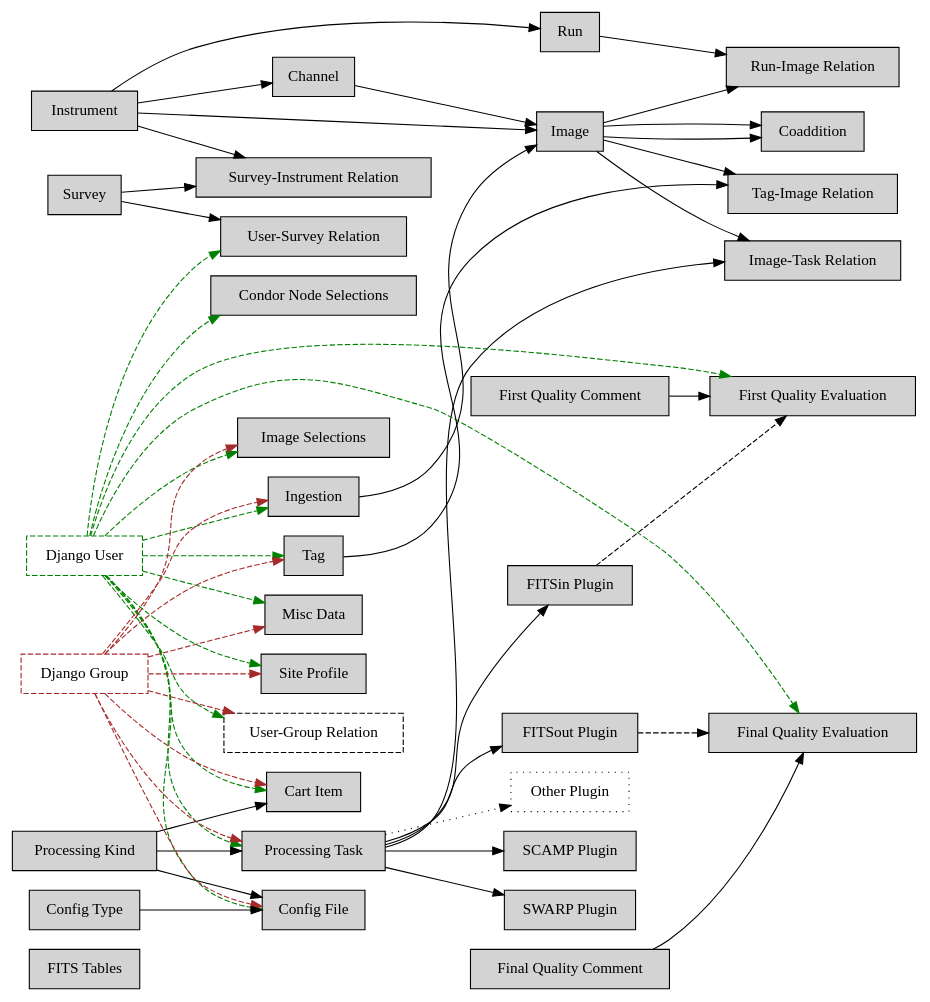
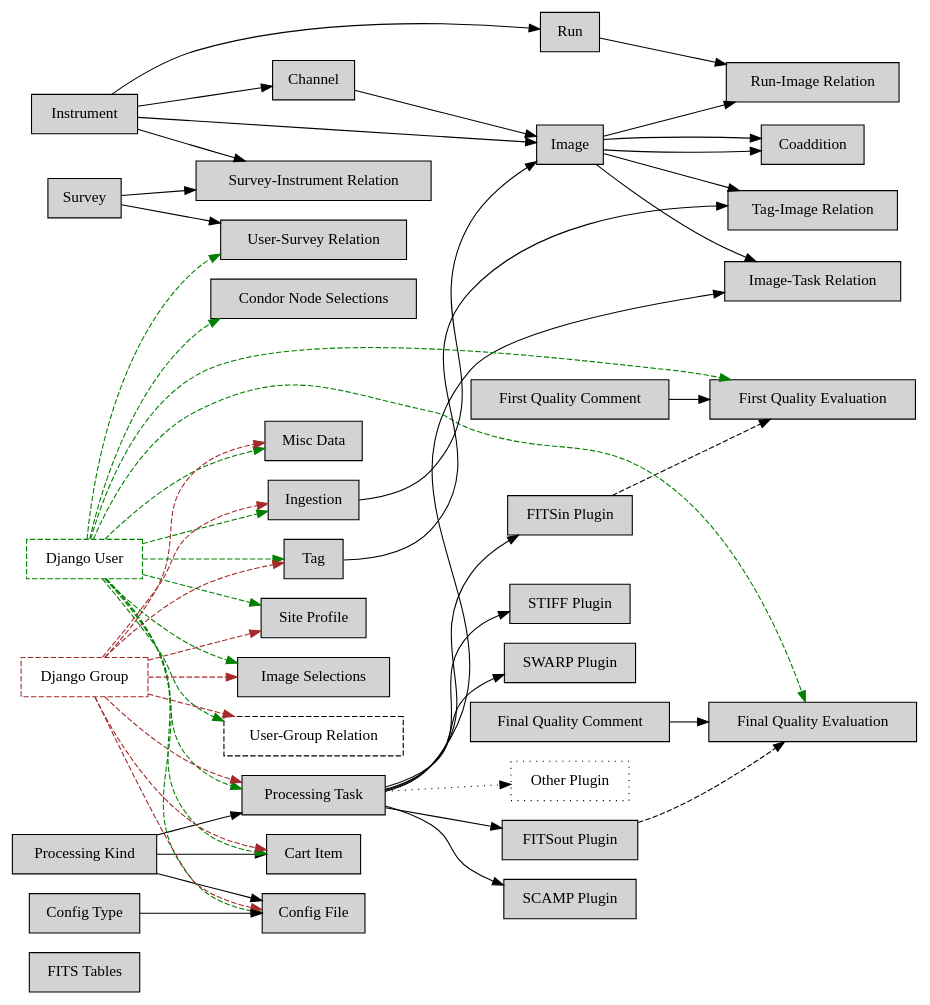
The diagram in doc/handbook/figures/codasyl.dot (gotsunami/Youpi), drawn with Graphviz before and after one commit. The commit also changed 4 other files, not shown here.

```diff
--- a/doc/handbook/figures/codasyl.dot
+++ b/doc/handbook/figures/codasyl.dot
@@ -1,99 +1,101 @@
 /*
  * Youpi's CODASYL logical model
  *
  */
 digraph codasyl { 
 	rankdir = LR;
 	node [shape = box, style = filled];
 
 	/* Standalone records */
 	"FITS Tables";
 
 	/* Linked records */
 	imgsel [label="Image Selections"];
 	task [label="Processing Task"];
 	relri [label="Run-Image Relation"];
 	carti [label="Cart Item"];
 	relsi [label="Survey-Instrument Relation"];
 	relit [label="Image-Task Relation"];
 	relus [label="User-Survey Relation"];
 	relug [label="User-Group Relation", style=dashed];
 	reltagi [label="Tag-Image Relation"];
 	kind [label="Processing Kind"];
 	plugfitsin [label="FITSin Plugin"];
 	plugfitsout [label="FITSout Plugin"];
 	plugscamp [label="SCAMP Plugin"];
+	plugstiff [label="STIFF Plugin"];
 	plugswarp [label="SWARP Plugin"];
 	plugother [label="Other Plugin", style=dotted];
 	user [label="Django User", style=dashed, color=green];
 	group [label="Django Group", style=dashed, color=brown];
 	miscdata [label="Misc Data"];
 	configfile [label="Config File"];
 	configtype [label="Config Type"];
 	ingrading [label="First Quality Evaluation"];
 	outgrading [label="Final Quality Evaluation"];
 	incomment [label="First Quality Comment"];
 	outcomment [label="Final Quality Comment"];
 	siteprofile [label="Site Profile"];
 	condornodesel [label="Condor Node Selections"];
 
 	/* Sets */
 	Channel -> Image;
 	Ingestion -> Image;
 	Instrument -> Image;
 	Image -> Coaddition;
 	Image -> Coaddition;
 	Image -> relri;
 	Image -> relit;
 	Image -> reltagi;
 	task -> plugfitsin;
 	task -> plugfitsout;
 	task -> plugscamp;
+	task -> plugstiff;
 	task -> plugswarp;
 	task -> plugother[style=dotted];
 	Run -> relri;
 
 	user -> carti[style=dashed, color=green];
 	user -> task[style=dashed, color=green];
 	user -> Ingestion[style=dashed, color=green];
 	user -> imgsel[style=dashed, color=green];
 	user -> miscdata[style=dashed, color=green];
 	user -> configfile[style=dashed, color=green];
 	user -> ingrading[style=dashed, color=green];
 	user -> outgrading[style=dashed, color=green];
 	user -> siteprofile[style=dashed, color=green];
 	user -> condornodesel[style=dashed, color=green];
 	user -> relus[style=dashed, color=green];
 	user -> relug[style=dashed, color=green];
 	user -> Tag[style=dashed, color=green];
 	plugfitsin -> ingrading[style=dashed];
 	plugfitsout -> outgrading[style=dashed];
 
 	group -> task[style=dashed, color=brown];
 	group -> Tag[style=dashed, color=brown];
 	group -> carti[style=dashed, color=brown];
 	group -> configfile[style=dashed, color=brown];
 	group -> imgsel[style=dashed, color=brown];
 	group -> Ingestion[style=dashed, color=brown];
 	group -> miscdata[style=dashed, color=brown];
 	group -> relug[style=dashed, color=brown];
 	group -> siteprofile[style=dashed, color=brown];
 	
 	Instrument -> Channel;
 	Instrument -> Run;
 	Survey -> relsi;
 	Survey -> relus;
 	Instrument -> relsi;
 
 	kind -> task;
 	kind -> configfile;
 	kind -> carti;
 
 	configtype -> configfile;
 
 	task -> relit;
 	Tag -> reltagi;
 
 	incomment -> ingrading;
 	outcomment -> outgrading;
 } 
```
